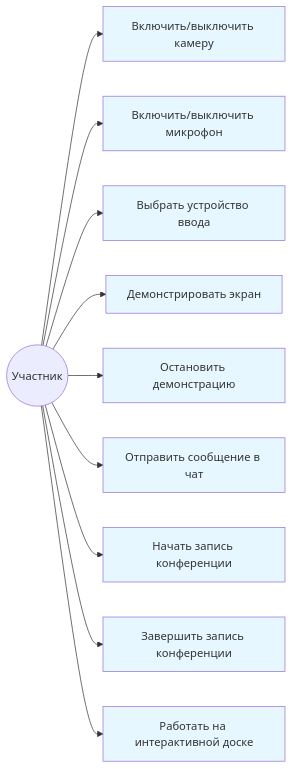
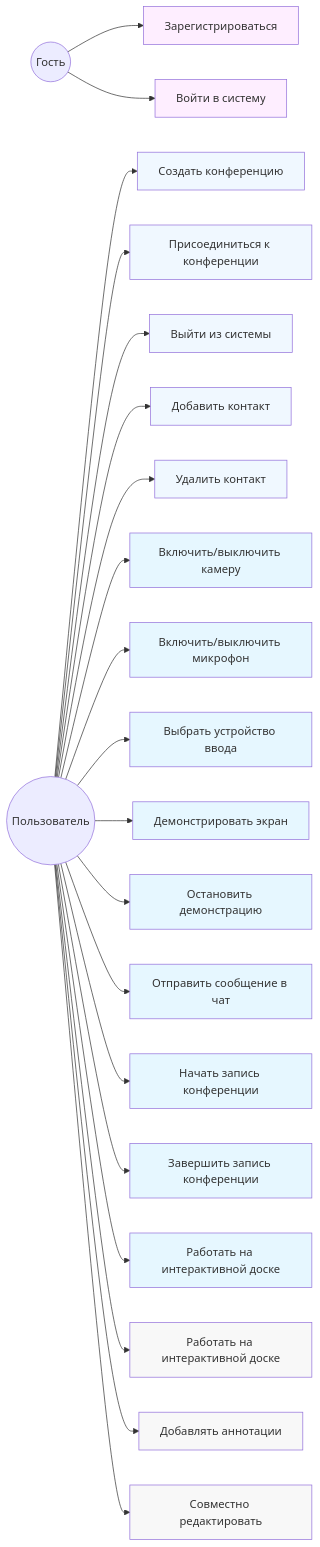
One commit to Code-Sculptors/insightroom-documentation changed the third of 8 diagrams in Системный анализ для проекта Insight Room.md. Above: the diagram before and after it, drawn with Mermaid. The commit also changed other lines of this file, not shown here.

Commit message:
#2 fix(системный анализ): Исправлены диаграммы последовательностей и юзкейсы

````diff
--- a/Системный анализ для проекта Insight Room.md
+++ b/Системный анализ для проекта Insight Room.md
@@ -74,23 +53,43 @@
 ```mermaid
 graph LR
-    A((Участник)) --> B[Включить/выключить камеру]
-    A --> C[Включить/выключить микрофон]
-    A --> D[Выбрать устройство ввода]
-    A --> E[Демонстрировать экран]
-    A --> F[Остановить демонстрацию]
-    A --> G[Отправить сообщение в чат]
-    A --> H[Начать запись конференции]
-    A --> I[Завершить запись конференции]
-    A --> J[Работать на интерактивной доске]
+    A((Гость)) --> B[Зарегистрироваться]
+    A --> C[Войти в систему]
+    D((Пользователь)) --> E[Создать конференцию]
+    D --> F[Присоединиться к конференции]
+    D --> G[Выйти из системы]
+    D --> H[Добавить контакт]
+    D --> I[Удалить контакт]
+    D --> J[Включить/выключить камеру]
+    D --> K[Включить/выключить микрофон]
+    D --> L[Выбрать устройство ввода]
+    D --> M[Демонстрировать экран]
+    D --> N[Остановить демонстрацию]
+    D --> O[Отправить сообщение в чат]
+    D --> P[Начать запись конференции]
+    D --> Q[Завершить запись конференции]
+    D --> R[Работать на интерактивной доске]
+    D --> S[Работать на интерактивной доске]
+    D --> T[Добавлять аннотации]
+    D --> U[Совместно редактировать]
+  
     
-    
-    style B fill:#e6f7ff
-    style C fill:#e6f7ff
-    style D fill:#e6f7ff
-    style E fill:#e6f7ff
-    style F fill:#e6f7ff
-    style G fill:#e6f7ff
-    style H fill:#e6f7ff
-    style I fill:#e6f7ff
+    style B fill:#feeeff
+    style C fill:#feeeff
+    style E fill:#f0f8ff
+    style F fill:#f0f8ff
+    style G fill:#f0f8ff
+    style H fill:#f0f8ff
+    style I fill:#f0f8ff
     style J fill:#e6f7ff
+    style K fill:#e6f7ff
+    style L fill:#e6f7ff
+    style M fill:#e6f7ff
+    style N fill:#e6f7ff
+    style O fill:#e6f7ff
+    style P fill:#e6f7ff
+    style Q fill:#e6f7ff
+    style R fill:#e6f7ff
+	style S fill:#f8f8f8
+    style T fill:#f8f8f8
+    style U fill:#f8f8f8
 ```
````
